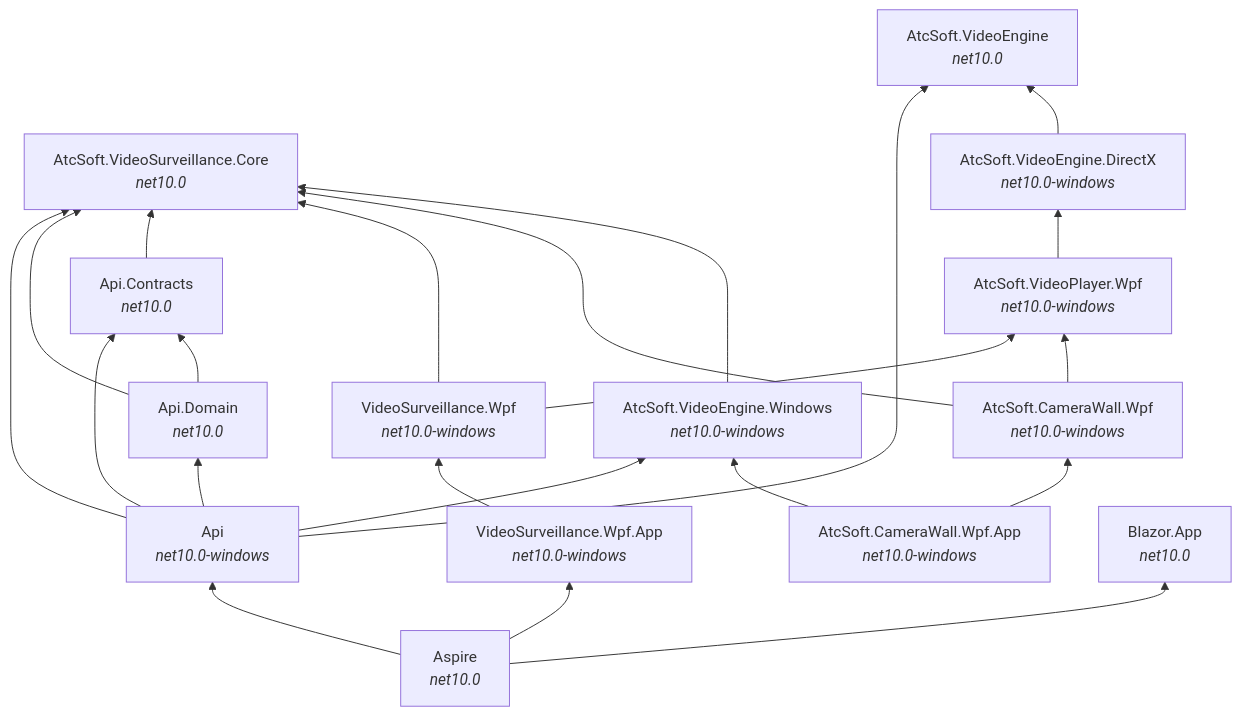
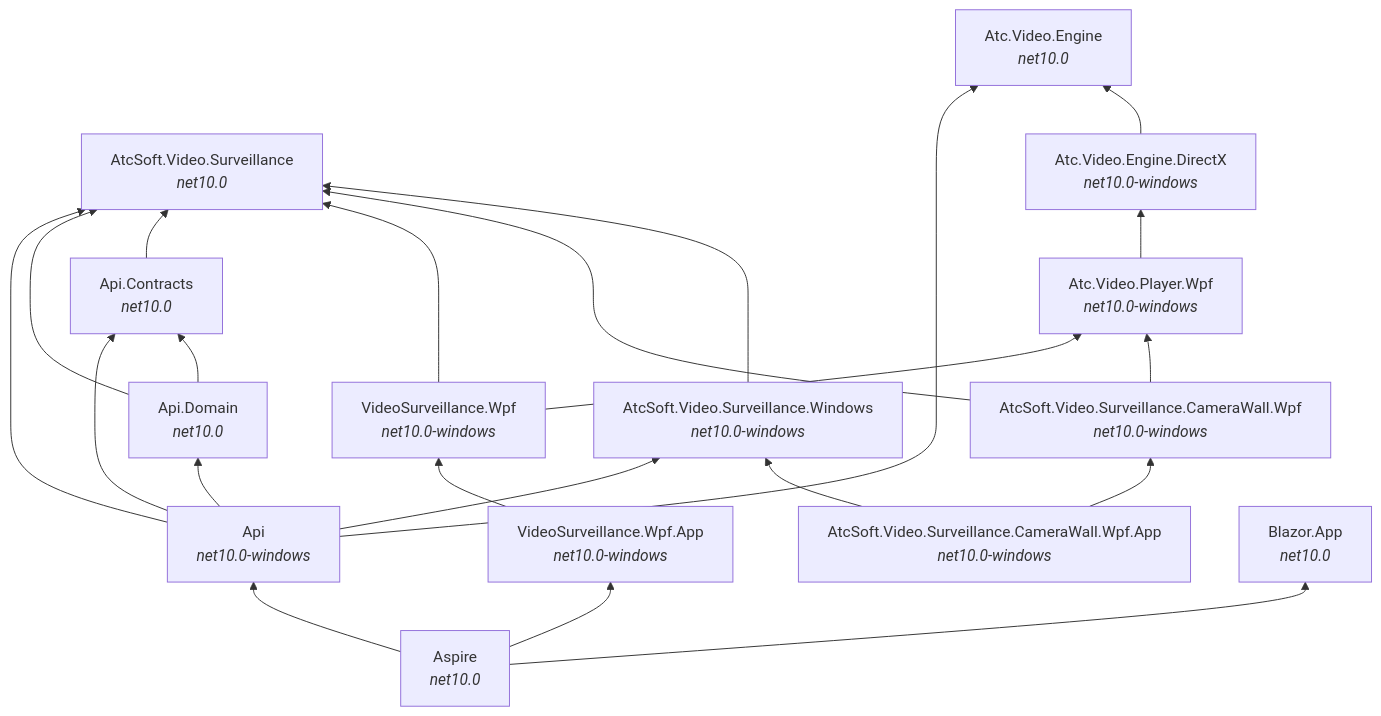
Before and after one commit to atc-net-apps/atc-soft-video-surveillance: the second of 8 diagrams in docs/architecture.md, drawn with Mermaid. The commit also changed other lines of this file and 2917 other files, not shown here.

First line of the commit message:
refactor: rename to AtcSoft.Video.Surveillance

````diff
--- a/docs/architecture.md
+++ b/docs/architecture.md
@@ -35,39 +35,39 @@
 ```mermaid
 graph BT
-    Core["AtcSoft.VideoSurveillance.Core<br/><i>net10.0</i>"]
-    VE["AtcSoft.VideoEngine<br/><i>net10.0</i>"]
-    DX["AtcSoft.VideoEngine.DirectX<br/><i>net10.0-windows</i>"]
-    VW["AtcSoft.VideoEngine.Windows<br/><i>net10.0-windows</i>"]
-    VP["AtcSoft.VideoPlayer.Wpf<br/><i>net10.0-windows</i>"]
-    CW["AtcSoft.CameraWall.Wpf<br/><i>net10.0-windows</i>"]
-    App["AtcSoft.CameraWall.Wpf.App<br/><i>net10.0-windows</i>"]
+    Core["AtcSoft.Video.Surveillance<br/><i>net10.0</i>"]
+    VE["Atc.Video.Engine<br/><i>net10.0</i>"]
+    DX["Atc.Video.Engine.DirectX<br/><i>net10.0-windows</i>"]
+    VW["AtcSoft.Video.Surveillance.Windows<br/><i>net10.0-windows</i>"]
+    VP["Atc.Video.Player.Wpf<br/><i>net10.0-windows</i>"]
+    CW["AtcSoft.Video.Surveillance.CameraWall.Wpf<br/><i>net10.0-windows</i>"]
+    App["AtcSoft.Video.Surveillance.CameraWall.Wpf.App<br/><i>net10.0-windows</i>"]
     VSWpf["VideoSurveillance.Wpf<br/><i>net10.0-windows</i>"]
     VSApp["VideoSurveillance.Wpf.App<br/><i>net10.0-windows</i>"]
     Contracts["Api.Contracts<br/><i>net10.0</i>"]
     Domain["Api.Domain<br/><i>net10.0</i>"]
     API["Api<br/><i>net10.0-windows</i>"]
     Blazor["Blazor.App<br/><i>net10.0</i>"]
     Aspire["Aspire<br/><i>net10.0</i>"]
 
     DX --> VE
     VP --> DX
     VW --> Core
     CW --> Core
     CW --> VP
     App --> CW
     App --> VW
     VSWpf --> Core
     VSWpf --> VP
     VSApp --> VSWpf
     Contracts --> Core
     Domain --> Contracts
     Domain --> Core
     API --> Domain
     API --> Contracts
     API --> Core
     API --> VE
     API --> VW
     Aspire --> API
     Aspire --> Blazor
     Aspire --> VSApp
 ```
````
